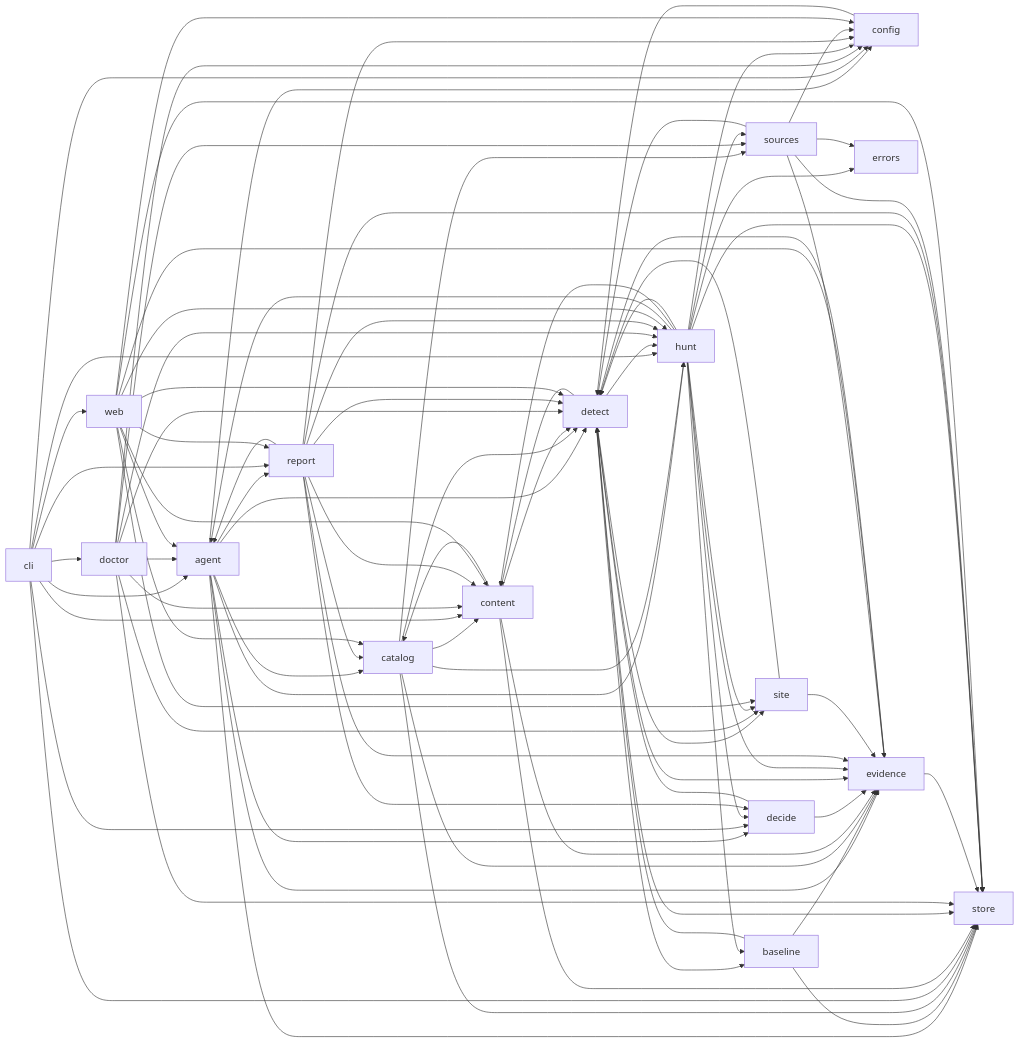
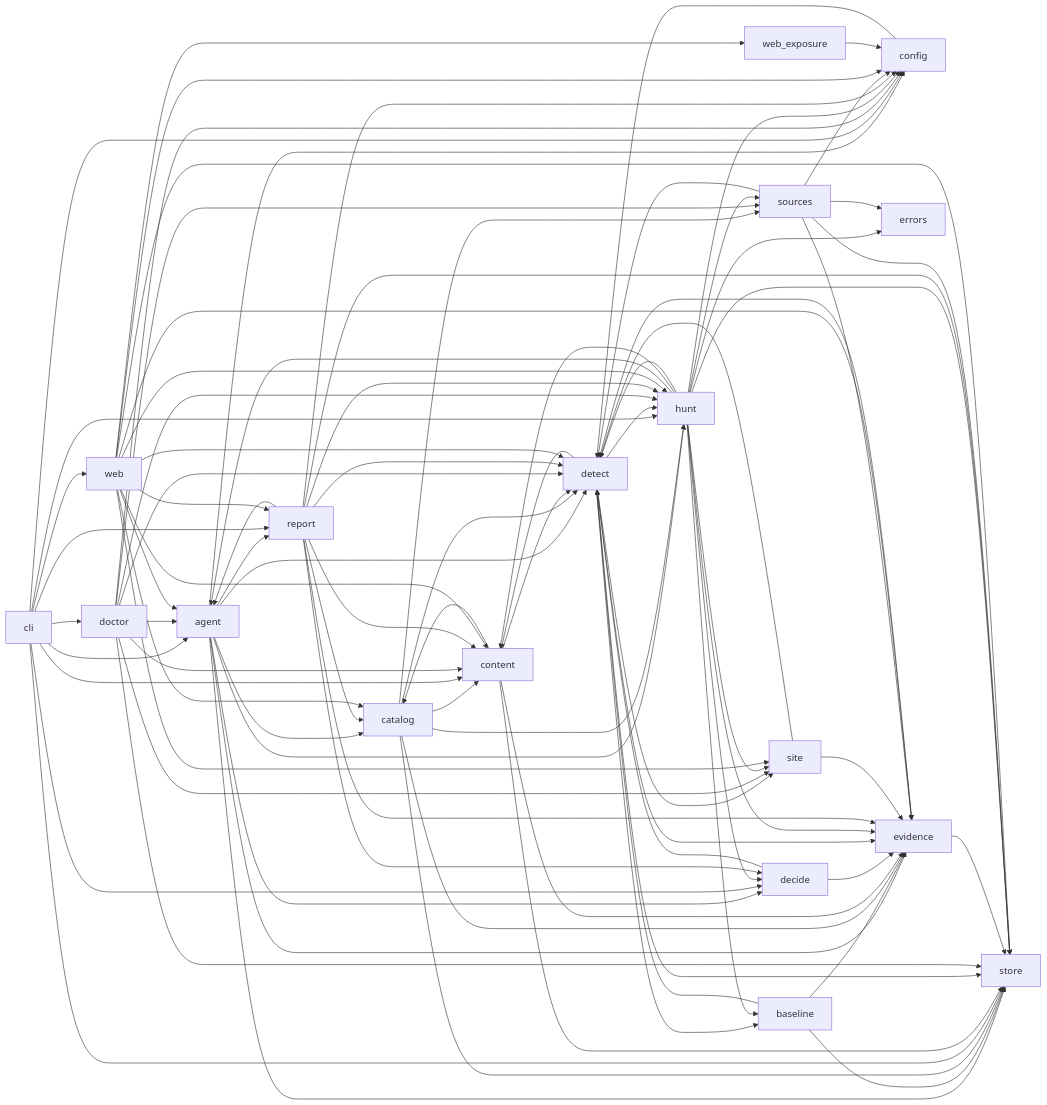
One commit to nickthabib-cloud/ROMULUS changed the diagram in docs/architecture/MODULE_MAP.md. Above: the diagram before and after it, drawn with Mermaid. The commit also changed other lines of this file and 15 other files, not shown here.

````diff
--- a/docs/architecture/MODULE_MAP.md
+++ b/docs/architecture/MODULE_MAP.md
@@ -417,4 +419,6 @@
   web --> report
   web --> site
   web --> store
+  web --> web_exposure
+  web_exposure --> config
 ```
````
